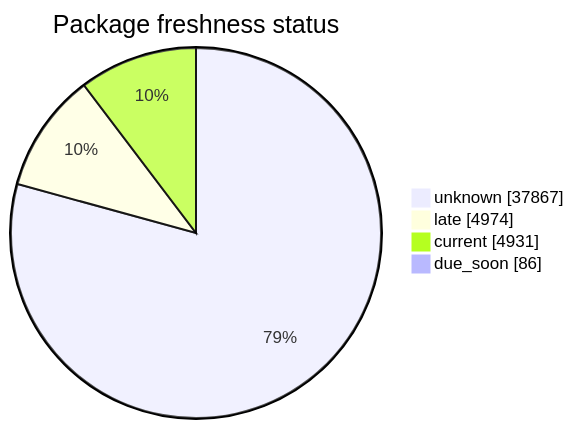
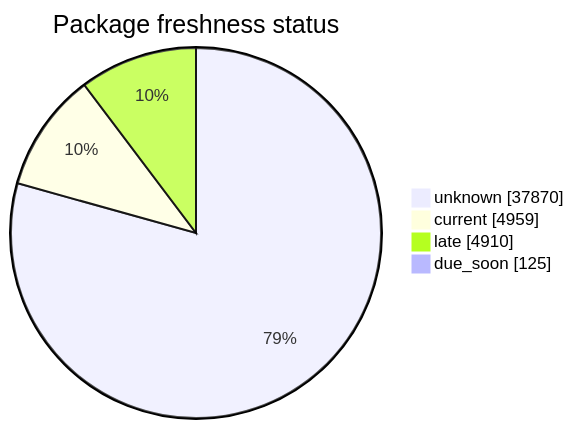
Before and after one commit to open-data/analytics-corporate-reporting: the second of 5 diagrams in FreshCheck/README.md, drawn with Mermaid. The commit also changed other lines of this file and 3 other files, not shown here.

````diff
--- a/FreshCheck/README.md
+++ b/FreshCheck/README.md
@@ -68,7 +68,7 @@
 ```mermaid
 pie showData title Package freshness status
-    "unknown": 37867
-    "late": 4974
-    "current": 4931
-    "due_soon": 86
+    "unknown": 37870
+    "current": 4959
+    "late": 4910
+    "due_soon": 125
 ```
````
